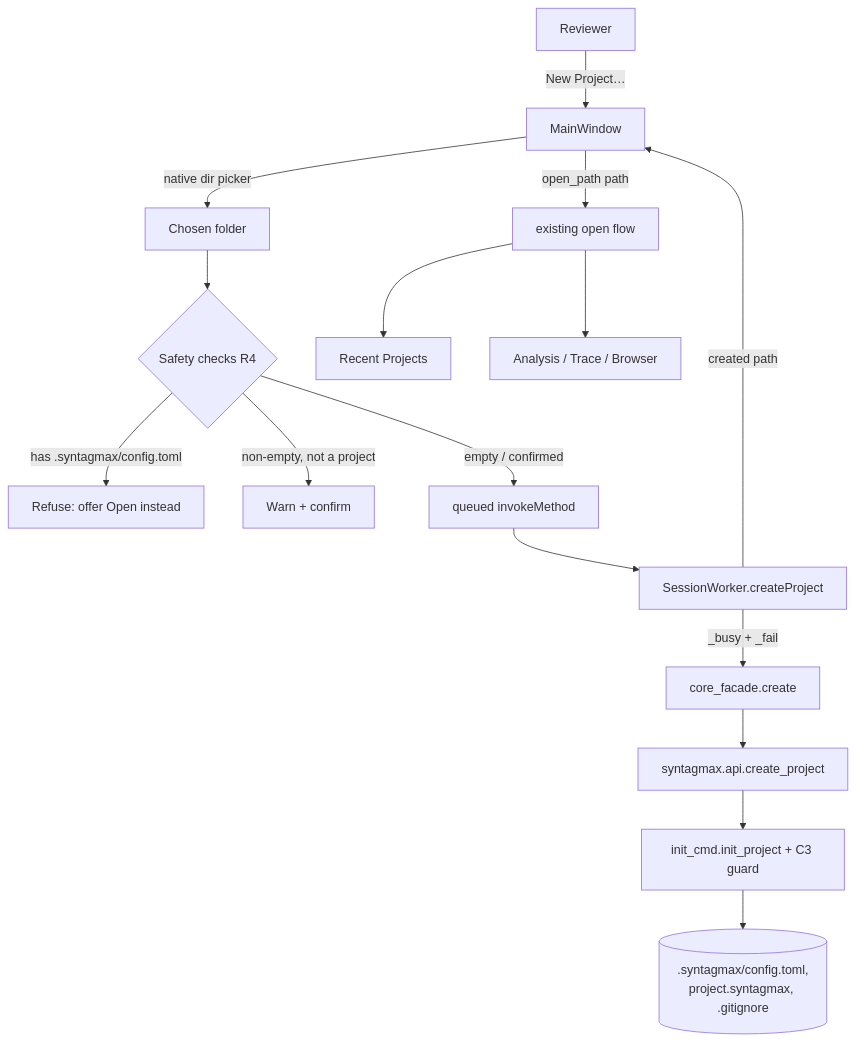
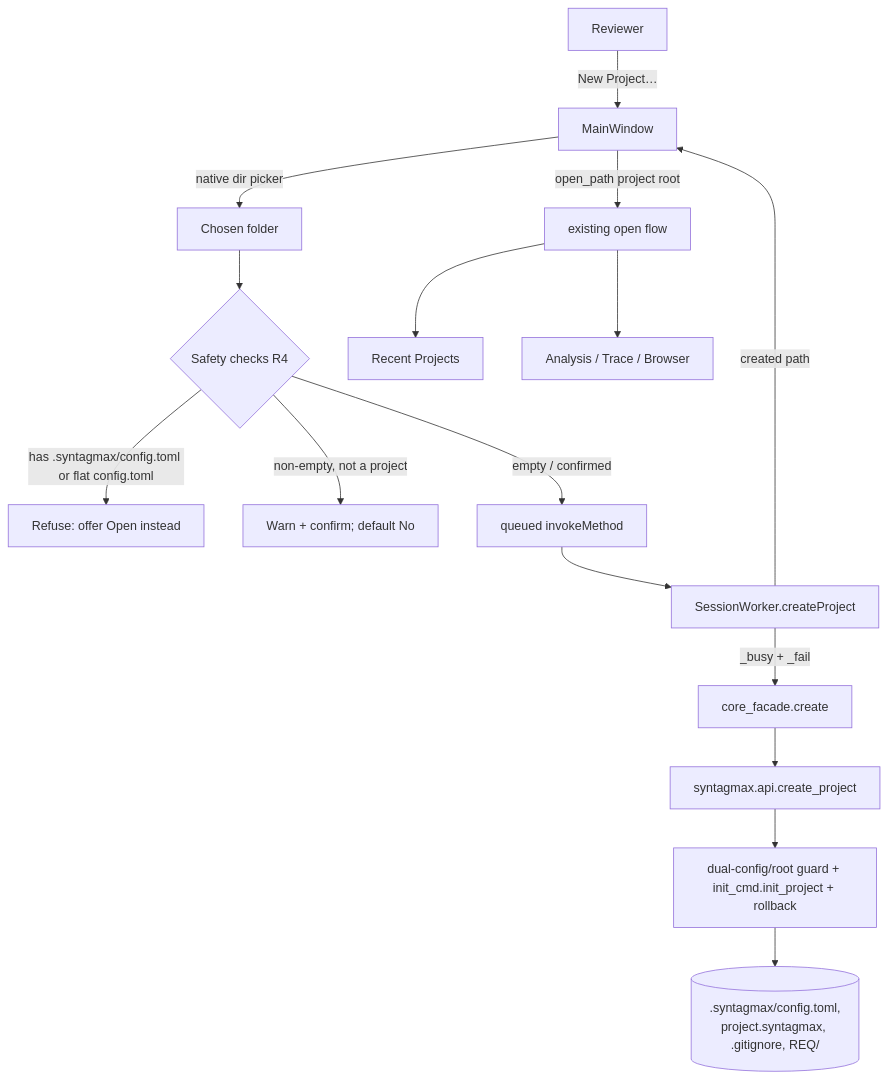
One commit to flyvercity/syntagmax-desktop changed the diagram in docs/specs/new-project.spec.md. Above: the diagram before and after it, drawn with Mermaid. The commit also changed other lines of this file and 1 other file, not shown here.

First line of the commit message:
spec: apply critique for new-project

````diff
--- a/docs/specs/new-project.spec.md
+++ b/docs/specs/new-project.spec.md
@@ -98,18 +104,18 @@
 ```mermaid
 flowchart TD
     User[Reviewer] -->|New Project…| MW[MainWindow]
     MW -->|native dir picker| Pick[Chosen folder]
     Pick --> Checks{Safety checks R4}
-    Checks -->|has .syntagmax/config.toml| Refuse[Refuse: offer Open instead]
-    Checks -->|non-empty, not a project| Warn[Warn + confirm]
+    Checks -->|has .syntagmax/config.toml or flat config.toml| Refuse[Refuse: offer Open instead]
+    Checks -->|non-empty, not a project| Warn[Warn + confirm; default No]
     Checks -->|empty / confirmed| Dispatch[queued invokeMethod]
     Dispatch --> Worker[SessionWorker.createProject]
     Worker -->|_busy + _fail| Facade[core_facade.create]
     Facade --> API[syntagmax.api.create_project]
-    API --> Init[init_cmd.init_project + C3 guard]
-    Init --> Disk[(.syntagmax/config.toml,\nproject.syntagmax, .gitignore)]
+    API --> Init[dual-config/root guard + init_cmd.init_project + rollback]
+    Init --> Disk[(.syntagmax/config.toml,\nproject.syntagmax, .gitignore, REQ/)]
     Worker -->|created path| MW
-    MW -->|open_path path| OpenFlow[existing open flow]
+    MW -->|open_path project root| OpenFlow[existing open flow]
     OpenFlow --> MRU[Recent Projects]
     OpenFlow --> Panels[Analysis / Trace / Browser]
 ```
````
